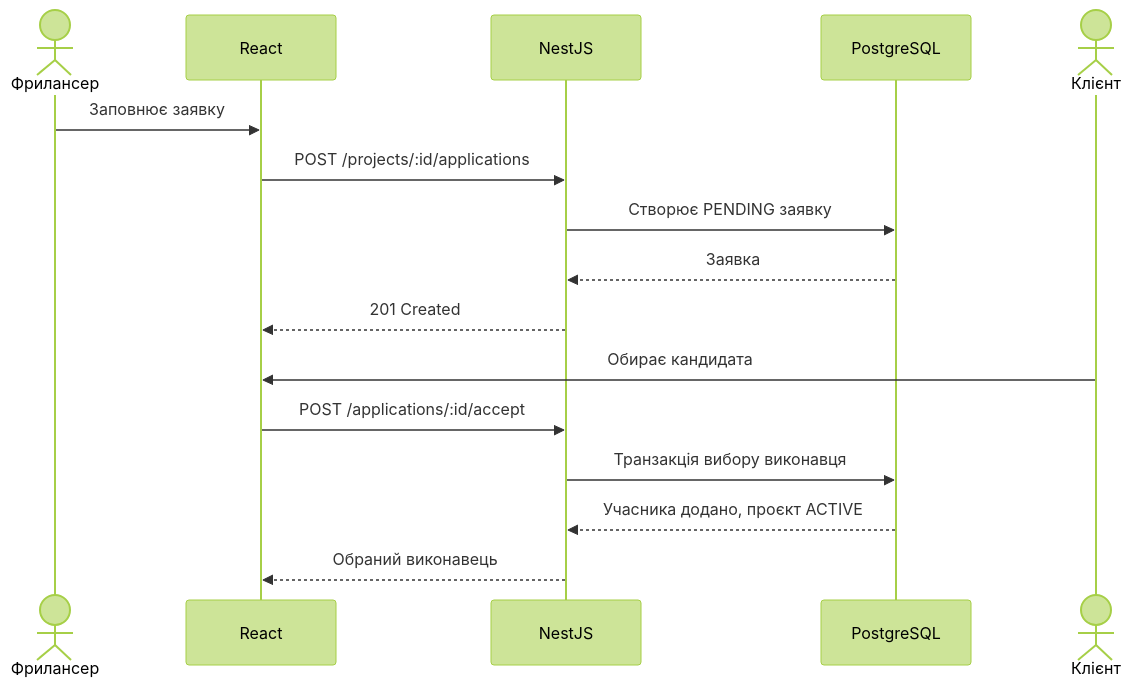
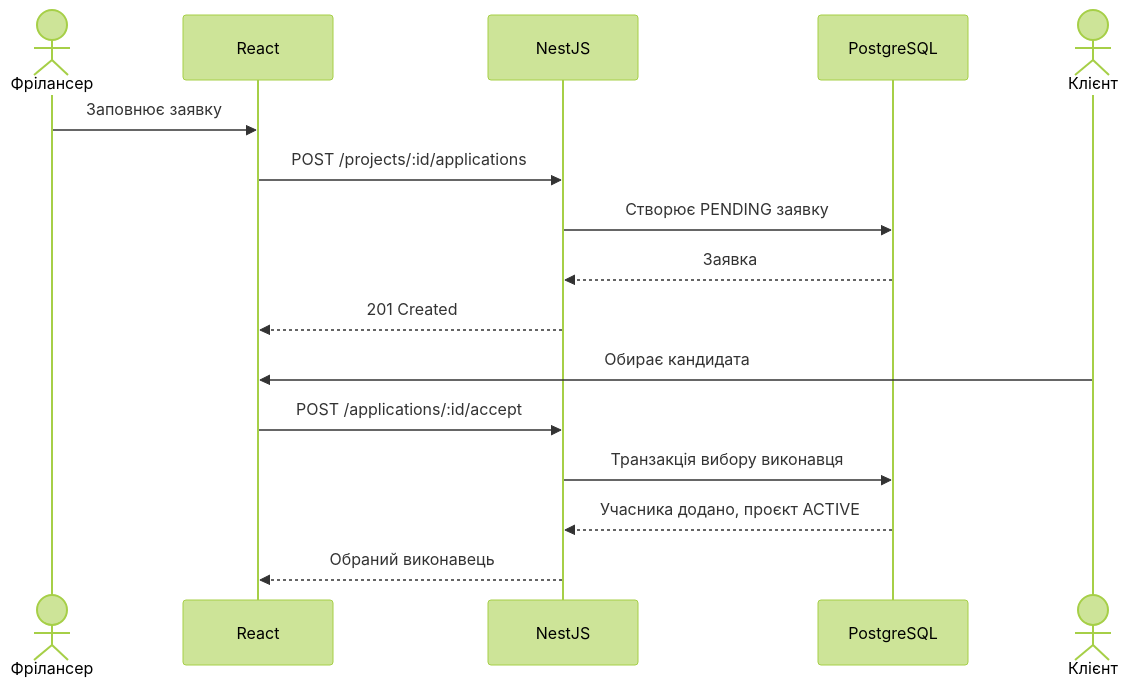
The diagram in docs/diagrams/sequence-application.mmd (mievvchuk/Tasko.ai), drawn with Mermaid (forest theme) before and after one commit. The commit also changed 32 other files, not shown here.

```diff
--- a/docs/diagrams/sequence-application.mmd
+++ b/docs/diagrams/sequence-application.mmd
@@ -1,16 +1,16 @@
 sequenceDiagram
-  actor F as Фрилансер
+  actor F as Фрілансер
   participant UI as React
   participant API as NestJS
   participant DB as PostgreSQL
   actor C as Клієнт
   F->>UI: Заповнює заявку
   UI->>API: POST /projects/:id/applications
   API->>DB: Створює PENDING заявку
   DB-->>API: Заявка
   API-->>UI: 201 Created
   C->>UI: Обирає кандидата
   UI->>API: POST /applications/:id/accept
   API->>DB: Транзакція вибору виконавця
   DB-->>API: Учасника додано, проєкт ACTIVE
   API-->>UI: Обраний виконавець
```
